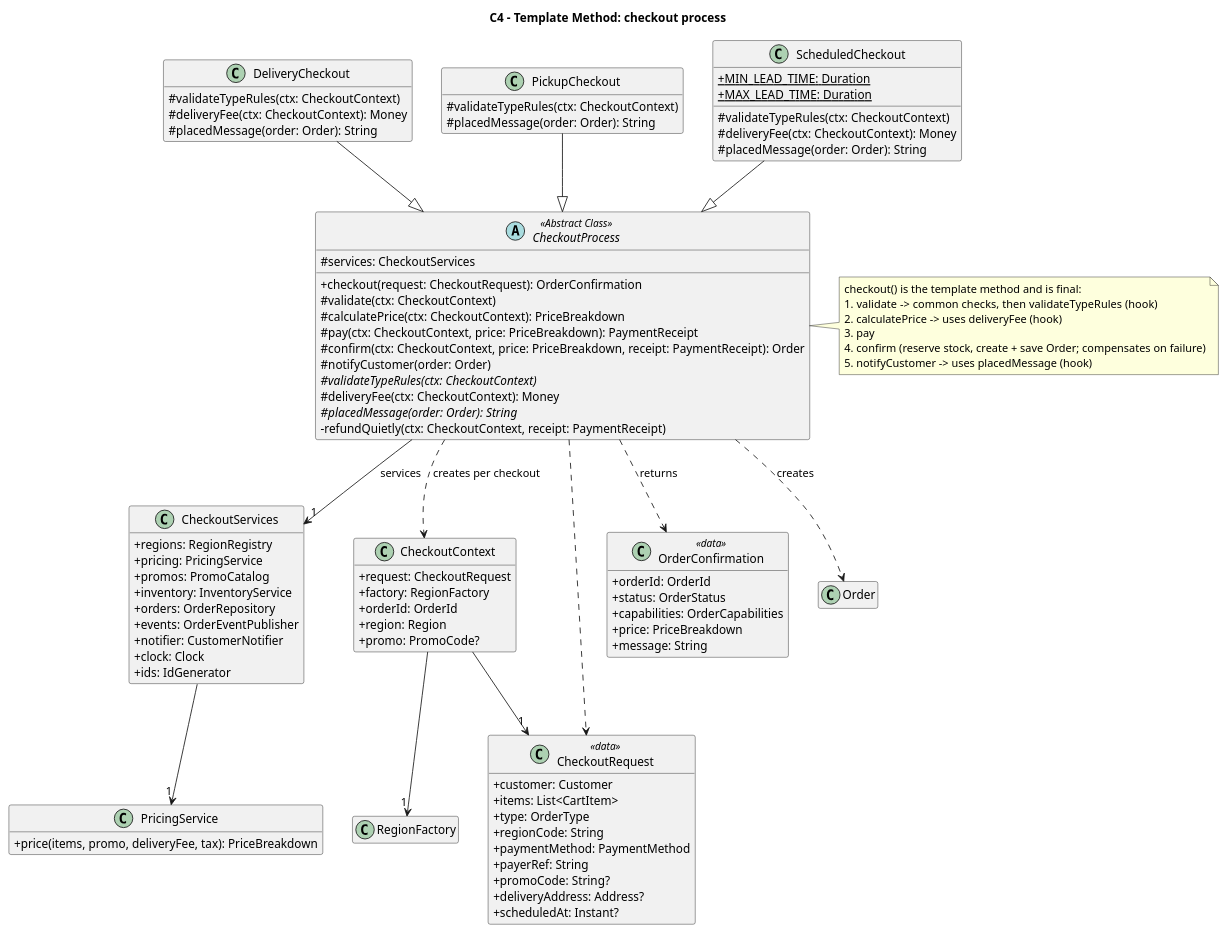
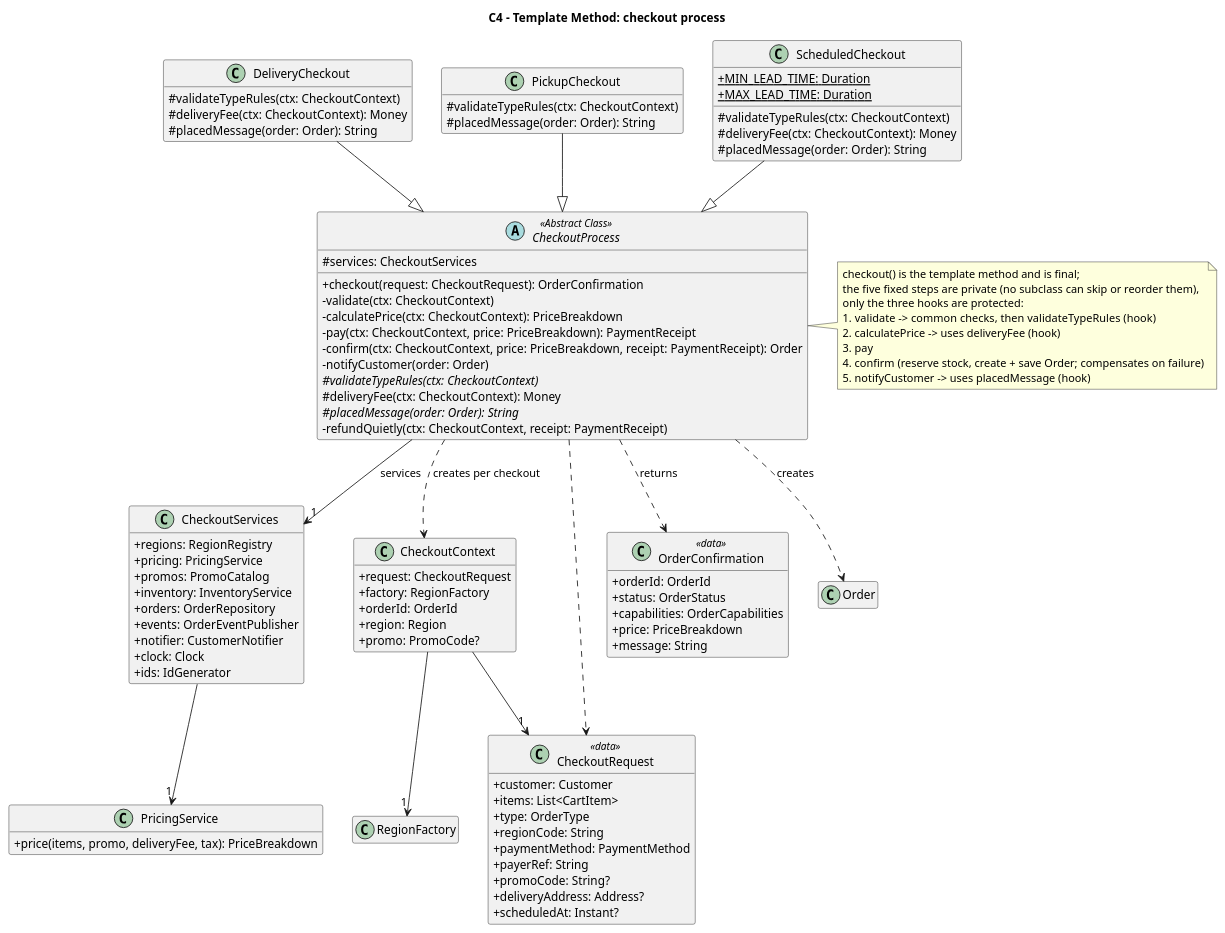
One commit to HungDangQuang/android-food-hub changed the diagram in docs/uml/06-class-template-method.puml. Above: the diagram before and after it, drawn with PlantUML. The commit also changed 27 other files, not shown here.

First line of the commit message:
docs: update design rationale, README and UML to match the code

```diff
--- a/docs/uml/06-class-template-method.puml
+++ b/docs/uml/06-class-template-method.puml
@@ -1,98 +1,100 @@
 @startuml 06-class-template-method
 title C4 - Template Method: checkout process
 skinparam shadowing false
 skinparam classAttributeIconSize 0
 hide empty members
 
 abstract class CheckoutProcess <<Abstract Class>> {
   #services: CheckoutServices
   +checkout(request: CheckoutRequest): OrderConfirmation
-  #validate(ctx: CheckoutContext)
-  #calculatePrice(ctx: CheckoutContext): PriceBreakdown
-  #pay(ctx: CheckoutContext, price: PriceBreakdown): PaymentReceipt
-  #confirm(ctx: CheckoutContext, price: PriceBreakdown, receipt: PaymentReceipt): Order
-  #notifyCustomer(order: Order)
+  -validate(ctx: CheckoutContext)
+  -calculatePrice(ctx: CheckoutContext): PriceBreakdown
+  -pay(ctx: CheckoutContext, price: PriceBreakdown): PaymentReceipt
+  -confirm(ctx: CheckoutContext, price: PriceBreakdown, receipt: PaymentReceipt): Order
+  -notifyCustomer(order: Order)
   #{abstract} validateTypeRules(ctx: CheckoutContext)
   #deliveryFee(ctx: CheckoutContext): Money
   #{abstract} placedMessage(order: Order): String
   -refundQuietly(ctx: CheckoutContext, receipt: PaymentReceipt)
 }
 class DeliveryCheckout {
   #validateTypeRules(ctx: CheckoutContext)
   #deliveryFee(ctx: CheckoutContext): Money
   #placedMessage(order: Order): String
 }
 class PickupCheckout {
   #validateTypeRules(ctx: CheckoutContext)
   #placedMessage(order: Order): String
 }
 class ScheduledCheckout {
   #validateTypeRules(ctx: CheckoutContext)
   #deliveryFee(ctx: CheckoutContext): Money
   #placedMessage(order: Order): String
   {static} +MIN_LEAD_TIME: Duration
   {static} +MAX_LEAD_TIME: Duration
 }
 class CheckoutServices {
   +regions: RegionRegistry
   +pricing: PricingService
   +promos: PromoCatalog
   +inventory: InventoryService
   +orders: OrderRepository
   +events: OrderEventPublisher
   +notifier: CustomerNotifier
   +clock: Clock
   +ids: IdGenerator
 }
 class CheckoutContext {
   +request: CheckoutRequest
   +factory: RegionFactory
   +orderId: OrderId
   +region: Region
   +promo: PromoCode?
 }
 class CheckoutRequest <<data>> {
   +customer: Customer
   +items: List<CartItem>
   +type: OrderType
   +regionCode: String
   +paymentMethod: PaymentMethod
   +payerRef: String
   +promoCode: String?
   +deliveryAddress: Address?
   +scheduledAt: Instant?
 }
 class OrderConfirmation <<data>> {
   +orderId: OrderId
   +status: OrderStatus
   +capabilities: OrderCapabilities
   +price: PriceBreakdown
   +message: String
 }
 class Order
 class RegionFactory
 class PricingService {
   +price(items, promo, deliveryFee, tax): PriceBreakdown
 }
 
 DeliveryCheckout --|> CheckoutProcess
 PickupCheckout --|> CheckoutProcess
 ScheduledCheckout --|> CheckoutProcess
 CheckoutProcess --> "1" CheckoutServices : services
 CheckoutProcess ..> CheckoutContext : creates per checkout
 CheckoutProcess ..> CheckoutRequest
 CheckoutProcess ..> OrderConfirmation : returns
 CheckoutProcess ..> Order : creates
 CheckoutContext --> "1" CheckoutRequest
 CheckoutContext --> "1" RegionFactory
 CheckoutServices --> "1" PricingService
 
 note right of CheckoutProcess
-  checkout() is the template method and is final:
+  checkout() is the template method and is final;
+  the five fixed steps are private (no subclass can skip or reorder them),
+  only the three hooks are protected:
   1. validate  -> common checks, then validateTypeRules (hook)
   2. calculatePrice -> uses deliveryFee (hook)
   3. pay
   4. confirm (reserve stock, create + save Order; compensates on failure)
   5. notifyCustomer -> uses placedMessage (hook)
 end note
 @enduml
```
